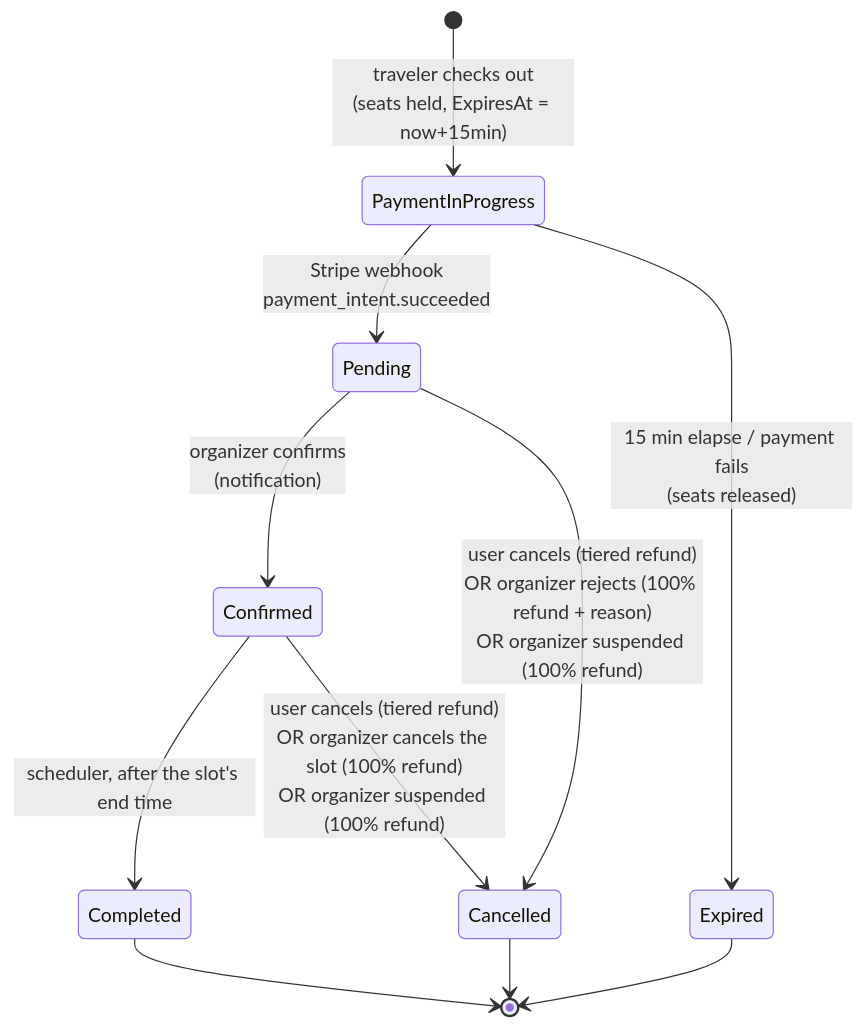
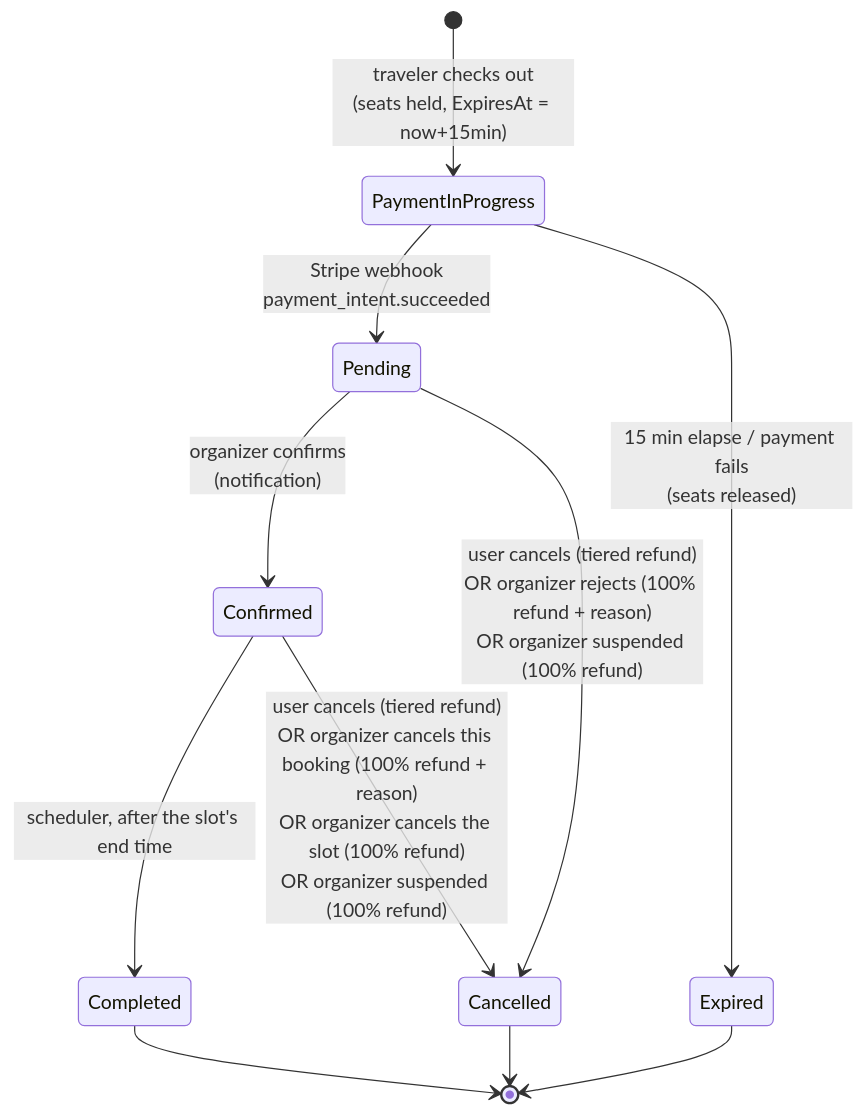
One commit to harisvelispahic/Travle changed the second of 2 diagrams in docs/tours-and-bookings.md. Above: the diagram before and after it, drawn with Mermaid. The commit also changed other lines of this file and 49 other files, not shown here.

First line of the commit message:
feat(ux): misc pre-phase pass — organizer booking cancel, location cascades, dialog dismissal

````diff
--- a/docs/tours-and-bookings.md
+++ b/docs/tours-and-bookings.md
@@ -231,13 +231,13 @@
 ```mermaid
 stateDiagram-v2
     [*] --> PaymentInProgress : traveler checks out<br/>(seats held, ExpiresAt = now+15min)
     PaymentInProgress --> Pending   : Stripe webhook<br/>payment_intent.succeeded
     PaymentInProgress --> Expired   : 15 min elapse / payment fails<br/>(seats released)
     Pending --> Confirmed : organizer confirms<br/>(notification)
     Pending --> Cancelled : user cancels (tiered refund)<br/>OR organizer rejects (100% refund + reason)<br/>OR organizer suspended (100% refund)
     Confirmed --> Completed : scheduler, after the slot's end time
-    Confirmed --> Cancelled : user cancels (tiered refund)<br/>OR organizer cancels the slot (100% refund)<br/>OR organizer suspended (100% refund)
+    Confirmed --> Cancelled : user cancels (tiered refund)<br/>OR organizer cancels this booking (100% refund + reason)<br/>OR organizer cancels the slot (100% refund)<br/>OR organizer suspended (100% refund)
     Expired --> [*]
     Completed --> [*]
     Cancelled --> [*]
 ```
````
